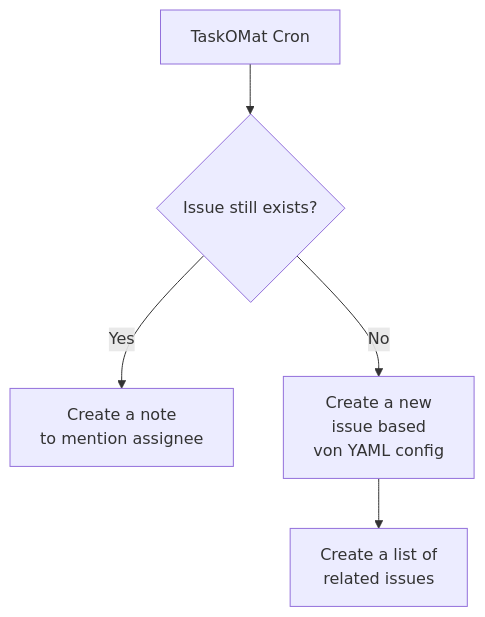
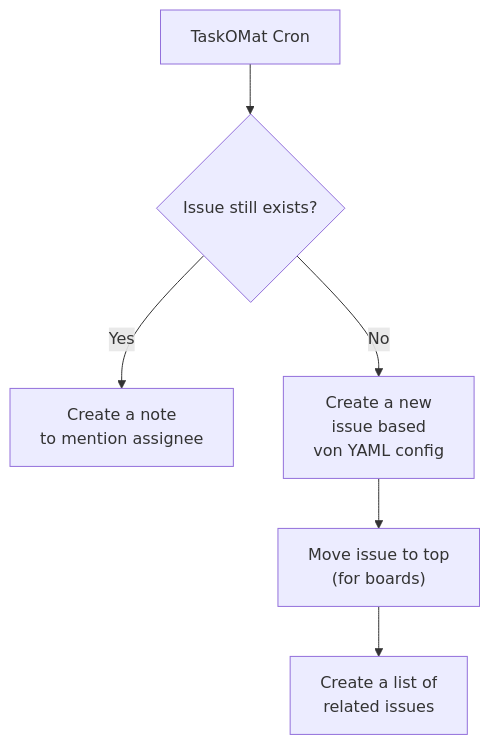
Before and after one commit to perryflynn/taskomat: the second of 2 diagrams in README.md, drawn with Mermaid. The commit also changed other lines of this file, not shown here.

````diff
--- a/README.md
+++ b/README.md
@@ -186,7 +207,8 @@
 ```mermaid
 graph TD
     tm[TaskOMat Cron] --> check{Issue still exists?}
     check -->|Yes| note[Create a note<br>to mention assignee]
     check -->|No| issue[Create a new<br>issue based<br>von YAML config]
-    issue --> related[Create a list of<br>related issues]
+    issue --> top["Move issue to top<br>(for boards)"]
+    top --> related[Create a list of<br>related issues]
 ```
````
